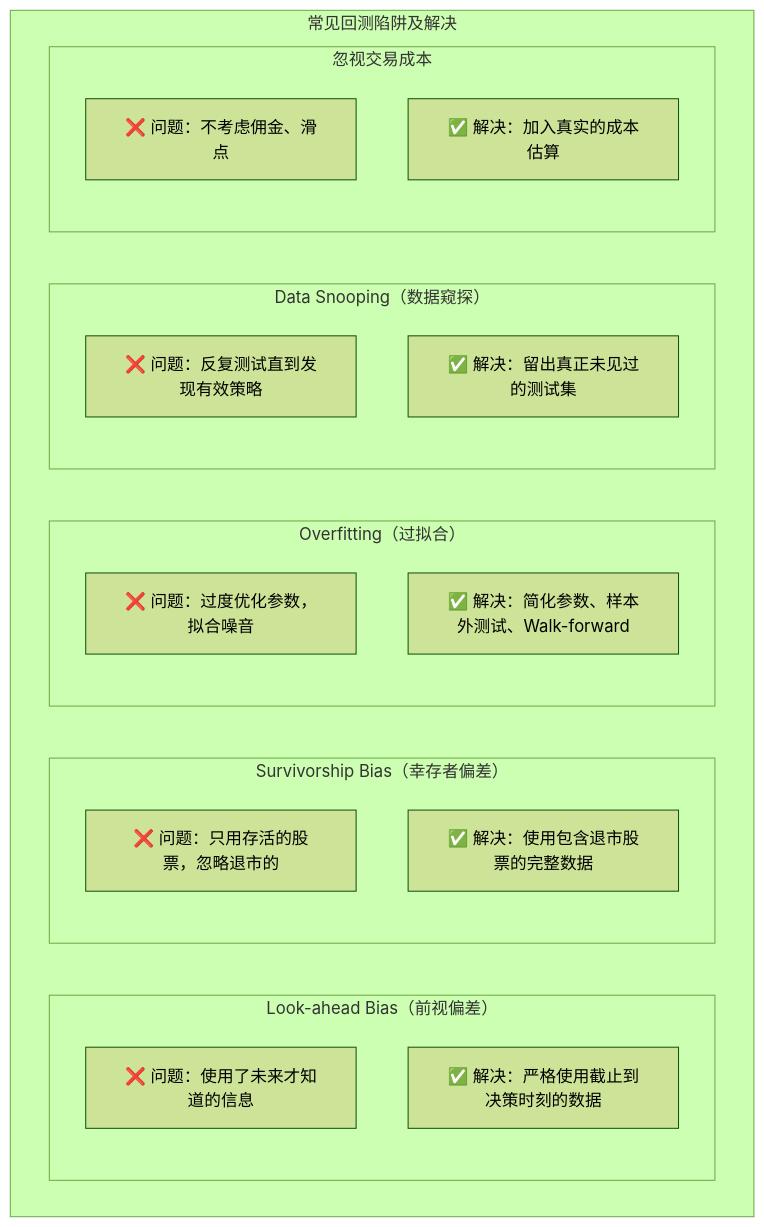
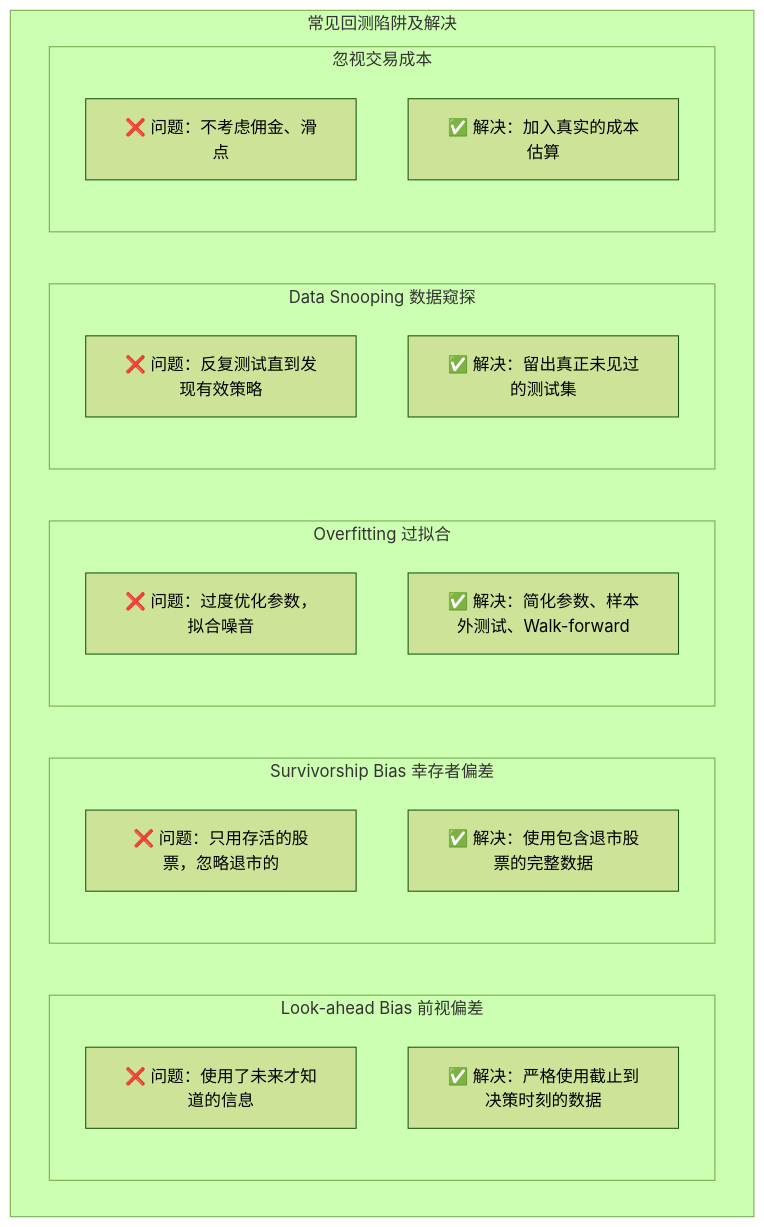
Before and after one commit to jpixy/jpixy.github.io: the third of 13 diagrams in content/articles/quant/quant-02-中低频量化交易最佳实践.md, drawn with Mermaid (forest theme). The commit also changed other lines of this file and 66 other files, not shown here.

Commit message:
fix: resolve Mermaid syntax errors by removing parentheses in node labels

````diff
--- a/content/articles/quant/quant-02-中低频量化交易最佳实践.md
+++ b/content/articles/quant/quant-02-中低频量化交易最佳实践.md
@@ -112,25 +112,25 @@
 ```mermaid
 graph TB
     subgraph 陷阱["常见回测陷阱及解决"]
-        subgraph P1["Look-ahead Bias（前视偏差）"]
+        subgraph P1["Look-ahead Bias 前视偏差"]
             P1A["❌ 问题：使用了未来才知道的信息"]
             P1B["✅ 解决：严格使用截止到决策时刻的数据"]
         end
-        subgraph P2["Survivorship Bias（幸存者偏差）"]
+        subgraph P2["Survivorship Bias 幸存者偏差"]
             P2A["❌ 问题：只用存活的股票，忽略退市的"]
             P2B["✅ 解决：使用包含退市股票的完整数据"]
         end
-        subgraph P3["Overfitting（过拟合）"]
+        subgraph P3["Overfitting 过拟合"]
             P3A["❌ 问题：过度优化参数，拟合噪音"]
             P3B["✅ 解决：简化参数、样本外测试、Walk-forward"]
         end
-        subgraph P4["Data Snooping（数据窥探）"]
+        subgraph P4["Data Snooping 数据窥探"]
             P4A["❌ 问题：反复测试直到发现有效策略"]
             P4B["✅ 解决：留出真正未见过的测试集"]
         end
         subgraph P5["忽视交易成本"]
             P5A["❌ 问题：不考虑佣金、滑点"]
             P5B["✅ 解决：加入真实的成本估算"]
         end
     end
 ```
````
